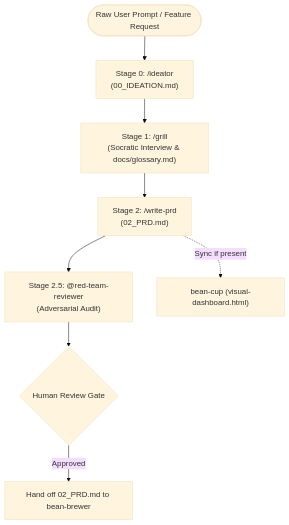
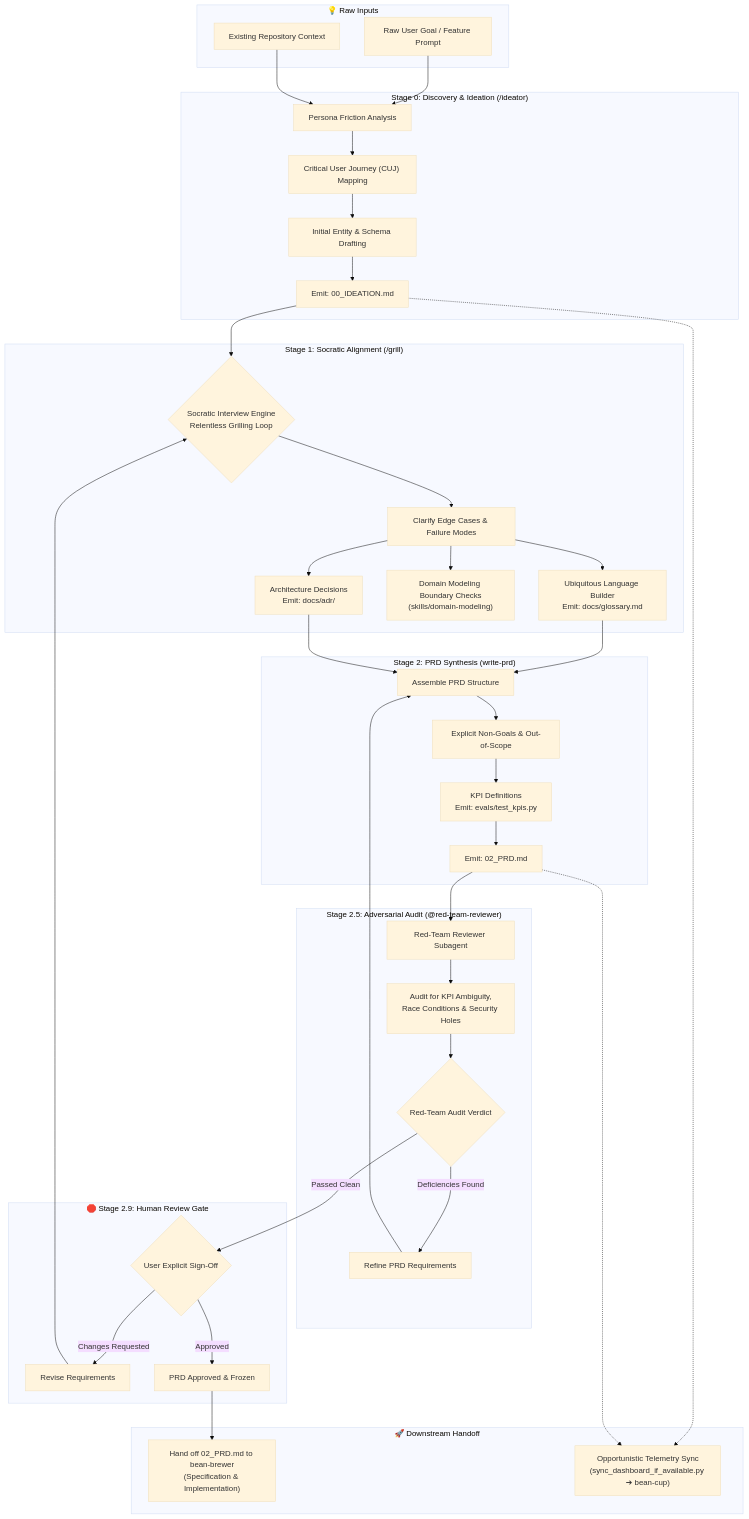
Before and after one commit to sapientcoffee/bean-roaster: the diagram in README.md, drawn with Mermaid (base theme). The commit also changed other lines of this file and 2 other files, not shown here.

Commit message:
docs: add Google-themed banner, fun sketch, and detailed Mermaid architecture flowchart

````diff
--- a/README.md
+++ b/README.md
@@ -48,11 +56,63 @@
 ```mermaid
-graph TD
-    RawIdea([Raw User Prompt / Feature Request]) --> Ideator["Stage 0: /ideator<br/>(00_IDEATION.md)"]
-    Ideator --> Grill["Stage 1: /grill<br/>(Socratic Interview & docs/glossary.md)"]
-    Grill --> PRD["Stage 2: /write-prd<br/>(02_PRD.md)"]
-    PRD --> RedTeam["Stage 2.5: @red-team-reviewer<br/>(Adversarial Audit)"]
-    RedTeam --> Approval{Human Review Gate}
-    Approval -->|Approved| Handoff["Hand off 02_PRD.md to bean-brewer"]
-    
-    PRD -.->|Sync if present| Dashboard["bean-cup (visual-dashboard.html)"]
+flowchart TD
+    subgraph Inputs["💡 Raw Inputs"]
+        UserGoal["Raw User Goal / Feature Prompt"]
+        ExistingRepo["Existing Repository Context"]
+    end
+
+    subgraph Stage0["Stage 0: Discovery & Ideation (/ideator)"]
+        FrictionAnalysis["Persona Friction Analysis"]
+        CUJMapping["Critical User Journey (CUJ) Mapping"]
+        DraftDataModel["Initial Entity & Schema Drafting"]
+        EmitIdeation["Emit: 00_IDEATION.md"]
+    end
+
+    subgraph Stage1["Stage 1: Socratic Alignment (/grill)"]
+        InterviewLoop{"Socratic Interview Engine<br/>Relentless Grilling Loop"}
+        Clarify["Clarify Edge Cases & Failure Modes"]
+        Glossary["Ubiquitous Language Builder<br/>Emit: docs/glossary.md"]
+        ADR["Architecture Decisions<br/>Emit: docs/adr/"]
+        Domain["Domain Modeling Boundary Checks<br/>(skills/domain-modeling)"]
+    end
+
+    subgraph Stage2["Stage 2: PRD Synthesis (write-prd)"]
+        SynthesizePRD["Assemble PRD Structure"]
+        NonGoals["Explicit Non-Goals & Out-of-Scope"]
+        ExecutableKPIs["KPI Definitions<br/>Emit: evals/test_kpis.py"]
+        EmitPRD["Emit: 02_PRD.md"]
+    end
+
+    subgraph RedTeam["Stage 2.5: Adversarial Audit (@red-team-reviewer)"]
+        AdversarialScan["Red-Team Reviewer Subagent"]
+        ChecklistReview["Audit for KPI Ambiguity,<br/>Race Conditions & Security Holes"]
+        RedTeamVerdict{"Red-Team Audit Verdict"}
+        RefineLoop["Refine PRD Requirements"]
+    end
+
+    subgraph Gate["🛑 Stage 2.9: Human Review Gate"]
+        HumanSignoff{"User Explicit Sign-Off"}
+        Rejected["Revise Requirements"]
+        Approved["PRD Approved & Frozen"]
+    end
+
+    subgraph Handoff["🚀 Downstream Handoff"]
+        HandoffBrewer["Hand off 02_PRD.md to bean-brewer<br/>(Specification & Implementation)"]
+        SyncDashboard["Opportunistic Telemetry Sync<br/>(sync_dashboard_if_available.py ➔ bean-cup)"]
+    end
+
+    UserGoal & ExistingRepo --> FrictionAnalysis
+    FrictionAnalysis --> CUJMapping --> DraftDataModel --> EmitIdeation
+    EmitIdeation --> InterviewLoop
+    InterviewLoop --> Clarify
+    Clarify --> Glossary & ADR & Domain
+    Glossary & ADR --> SynthesizePRD
+    SynthesizePRD --> NonGoals --> ExecutableKPIs --> EmitPRD
+    EmitPRD --> AdversarialScan
+    AdversarialScan --> ChecklistReview --> RedTeamVerdict
+    RedTeamVerdict -->|Deficiencies Found| RefineLoop --> SynthesizePRD
+    RedTeamVerdict -->|Passed Clean| HumanSignoff
+    HumanSignoff -->|Changes Requested| Rejected --> InterviewLoop
+    HumanSignoff -->|Approved| Approved
+    Approved --> HandoffBrewer
+    EmitIdeation & EmitPRD -.-> SyncDashboard
 ```
````
